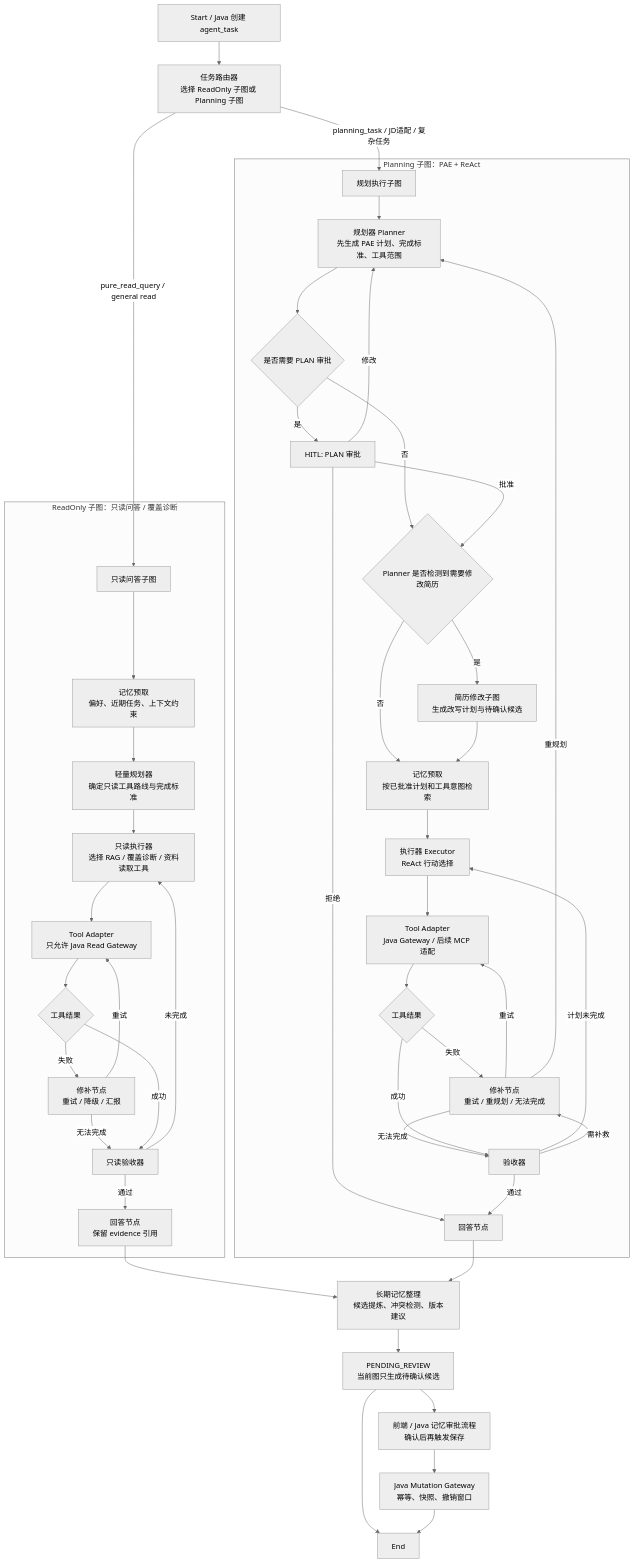
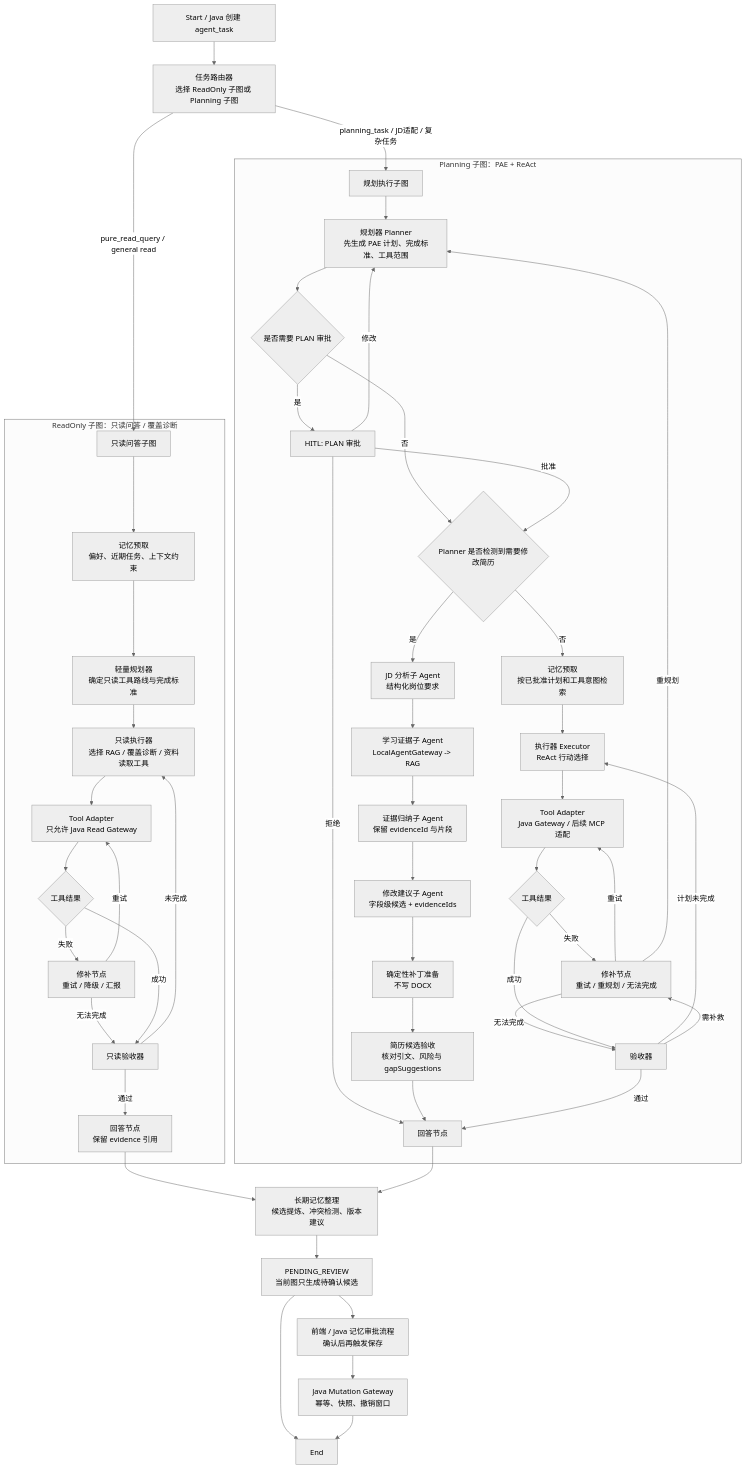
The diagram in docs/api/agent.md (HeWhenJay/Multimodal-RAG-Agent-Learning-Evidence-Platform), drawn with Mermaid (neutral theme) before and after one commit. The commit also changed other lines of this file and 7 other files, not shown here.

Commit message:
feat: 增加证据约束的简历改写子图

````diff
--- a/docs/api/agent.md
+++ b/docs/api/agent.md
@@ -316,52 +353,57 @@
 ```mermaid
 flowchart TD
     START["Start / Java 创建 agent_task"] --> ROUTER["任务路由器<br/>选择 ReadOnly 子图或 Planning 子图"]
     ROUTER -->|"pure_read_query / general read"| R0["只读问答子图"]
     ROUTER -->|"planning_task / JD适配 / 复杂任务"| P0["规划执行子图"]
 
     subgraph READ["ReadOnly 子图：只读问答 / 覆盖诊断"]
       R0 --> RM0["记忆预取<br/>偏好、近期任务、上下文约束"]
       RM0 --> RP["轻量规划器<br/>确定只读工具路线与完成标准"]
       RP --> RE["只读执行器<br/>选择 RAG / 覆盖诊断 / 资料读取工具"]
       RE --> RT["Tool Adapter<br/>只允许 Java Read Gateway"]
       RT --> RR{"工具结果"}
       RR -->|"失败"| RREPAIR["修补节点<br/>重试 / 降级 / 汇报"]
       RREPAIR -->|"重试"| RT
       RREPAIR -->|"无法完成"| RA["只读验收器"]
       RR -->|"成功"| RA
       RA -->|"未完成"| RE
       RA -->|"通过"| RW["回答节点<br/>保留 evidence 引用"]
     end
 
     subgraph PLAN["Planning 子图：PAE + ReAct"]
       P0 --> PL["规划器 Planner<br/>先生成 PAE 计划、完成标准、工具范围"]
       PL --> HPLAN{"是否需要 PLAN 审批"}
       HPLAN -->|"是"| PLAN_REVIEW["HITL: PLAN 审批"]
       HPLAN -->|"否"| RWD{"Planner 是否检测到需要修改简历"}
       PLAN_REVIEW -->|"批准"| RWD
       PLAN_REVIEW -->|"修改"| PL
       PLAN_REVIEW -->|"拒绝"| PAW["回答节点"]
-      RWD -->|"是"| RWS["简历修改子图<br/>生成改写计划与待确认候选"]
-      RWD -->|"否"| PM1["记忆预取<br/>按已批准计划和工具意图检索"]
-      RWS --> PM1
+       RWD -->|"是"| JD["JD 分析子 Agent<br/>结构化岗位要求"]
+       JD --> EVIDENCE["学习证据子 Agent<br/>LocalAgentGateway -> RAG"]
+       EVIDENCE --> SUMMARY["证据归纳子 Agent<br/>保留 evidenceId 与片段"]
+       SUMMARY --> ADVISE["修改建议子 Agent<br/>字段级候选 + evidenceIds"]
+       ADVISE --> PATCH["确定性补丁准备<br/>不写 DOCX"]
+       PATCH --> REWRITE_ACCEPT["简历候选验收<br/>核对引文、风险与 gapSuggestions"]
+       REWRITE_ACCEPT --> PAW
+       RWD -->|"否"| PM1["记忆预取<br/>按已批准计划和工具意图检索"]
       PM1 --> EXEC["执行器 Executor<br/>ReAct 行动选择"]
       EXEC --> TOOL["Tool Adapter<br/>Java Gateway / 后续 MCP 适配"]
       TOOL --> TR{"工具结果"}
       TR -->|"失败"| REPAIR["修补节点<br/>重试 / 重规划 / 无法完成"]
       REPAIR -->|"重试"| TOOL
       REPAIR -->|"重规划"| PL
       REPAIR -->|"无法完成"| ACCEPT["验收器"]
       TR -->|"成功"| ACCEPT
       ACCEPT -->|"计划未完成"| EXEC
       ACCEPT -->|"需补救"| REPAIR
       ACCEPT -->|"通过"| PAW["回答节点"]
     end
 
     RW --> MEM["长期记忆整理<br/>候选提炼、冲突检测、版本建议"]
     PAW --> MEM
     MEM --> PENDING["PENDING_REVIEW<br/>当前图只生成待确认候选"]
     PENDING --> REVIEW_NOTE["前端 / Java 记忆审批流程<br/>确认后再触发保存"]
     REVIEW_NOTE --> SAVE["Java Mutation Gateway<br/>幂等、快照、撤销窗口"]
     PENDING --> END["End"]
     SAVE --> END
 ```
````
